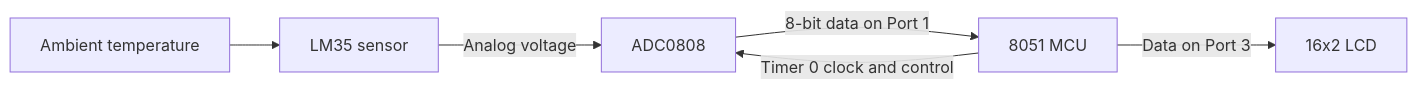
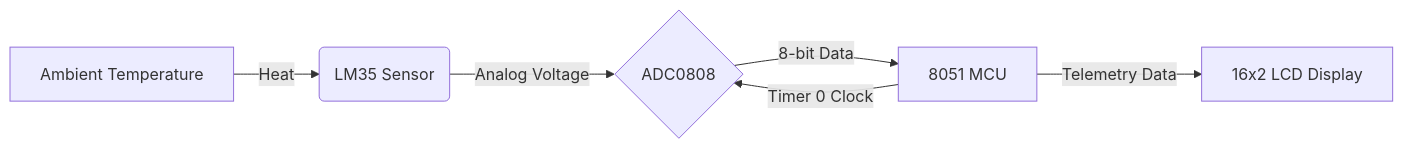
The diagram in README.md (SREERAJSANTHOSH/Digital_Thermometer), drawn with Mermaid before and after one commit. The commit also changed other lines of this file and 15 other files, not shown here.

````diff
--- a/README.md
+++ b/README.md
@@ -33,8 +70,8 @@
 ```mermaid
 flowchart LR
-    A[Ambient temperature] --> B[LM35 sensor]
-    B -->|Analog voltage| C[ADC0808]
-    C -->|8-bit data on Port 1| D[8051 MCU]
-    D -->|Data on Port 3| E[16x2 LCD]
-    D -->|Timer 0 clock and control| C
+    A[Ambient Temperature] -->|Heat| B(LM35 Sensor)
+    B -->|Analog Voltage| C{ADC0808}
+    C -->|8-bit Data| D[8051 MCU]
+    D -->|Timer 0 Clock| C
+    D -->|Telemetry Data| E[16x2 LCD Display]
 ```
````
